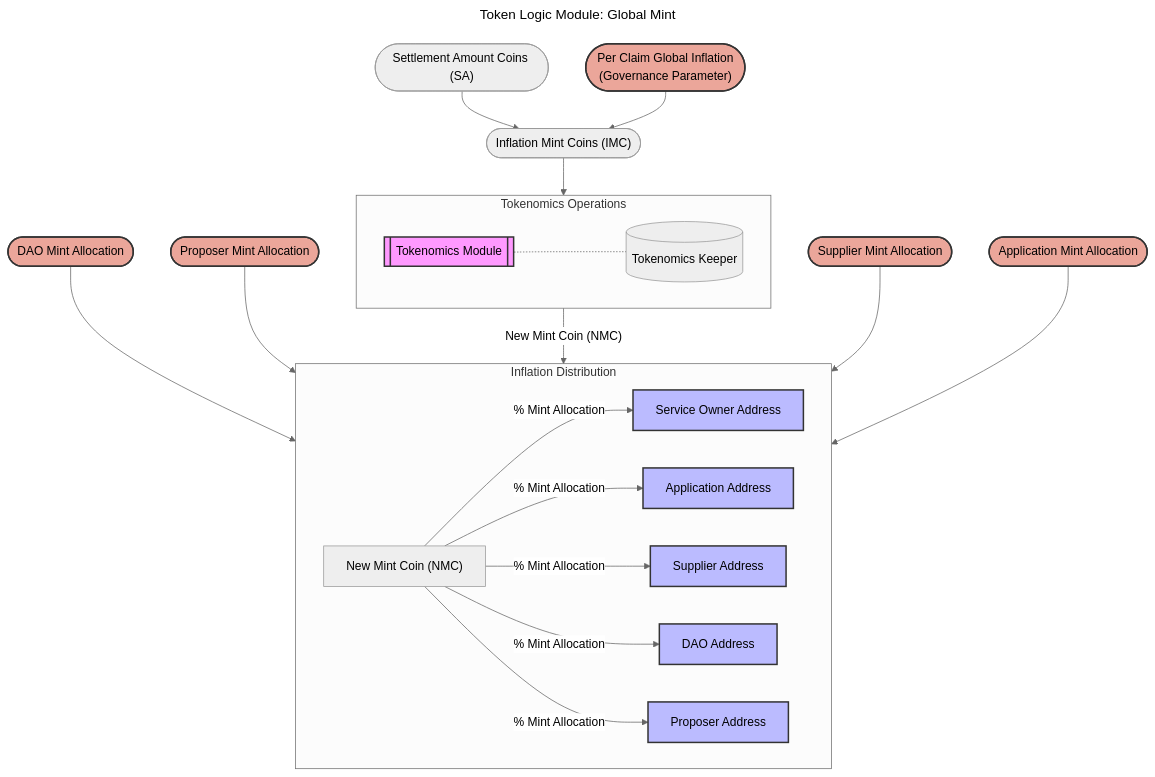
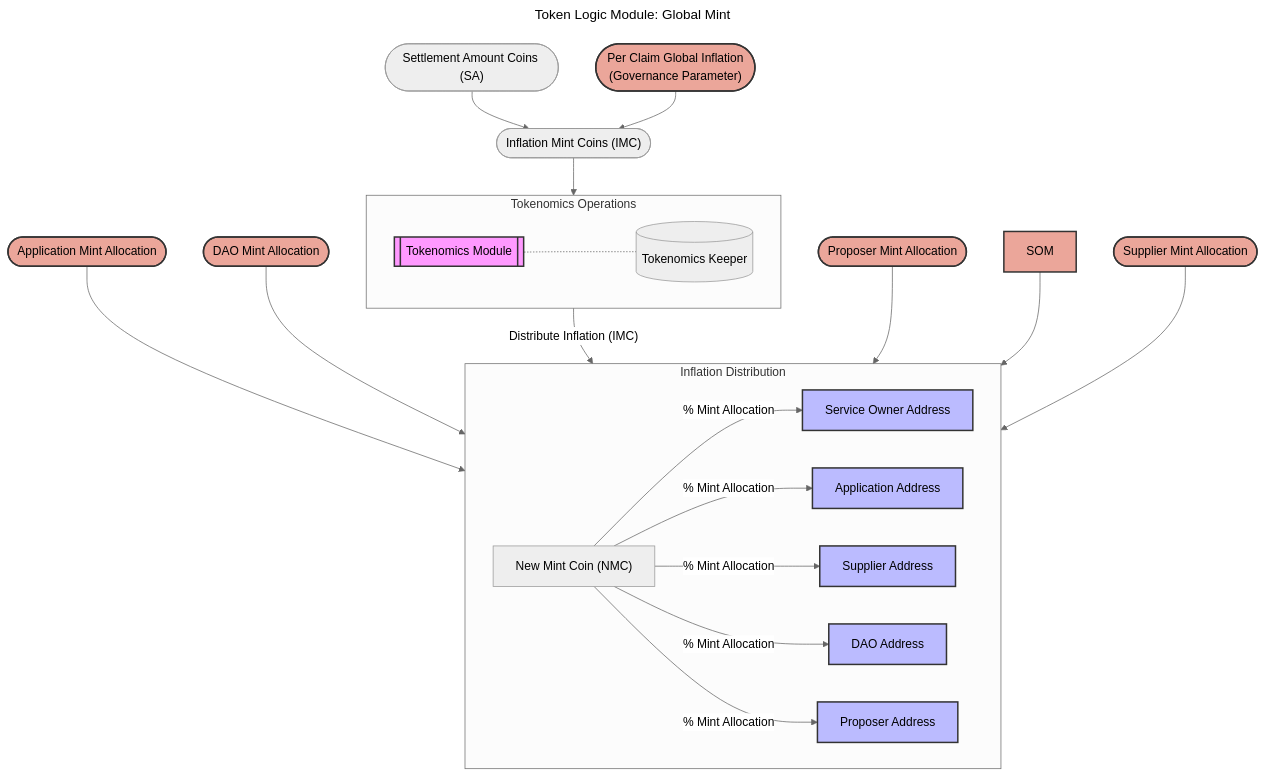
One commit to pokt-network/poktroll changed the third of 4 diagrams in docusaurus/docs/protocol/tokenomics/token_logic_modules.md. Above: the diagram before and after it, drawn with Mermaid (neutral theme).

````diff
--- a/docusaurus/docs/protocol/tokenomics/token_logic_modules.md
+++ b/docusaurus/docs/protocol/tokenomics/token_logic_modules.md
@@ -178,58 +178,59 @@
 ```mermaid
 ---
 title: "Token Logic Module: Global Mint"
 ---
 flowchart TD
     SC(["Settlement Amount Coins (SA)"])
     PCI(["Per Claim Global Inflation <br> (Governance Parameter)"])
     IMC(["Inflation Mint Coins (IMC)"])
 
     DA(["DAO Mint Allocation"])
     PA(["Proposer Mint Allocation"])
     SA(["Supplier Mint Allocation"])
     SOA(["Source Owner Mint Allocation"])
     AA(["Application Mint Allocation"])
 
 
     SC --> IMC
     PCI --> IMC
     IMC --> TO
 
     subgraph TO[Tokenomics Operations]
         TM[[Tokenomics Module]]
         TK[(Tokenomics Keeper)]
         TM -..- TK
     end
 
 
+    AA --> ID
     DA --> ID
+    TO --Distribute Inflation (IMC)--> ID
     PA --> ID
-    TO -- New Mint Coin (NMC)--> ID
+    SOM --> ID
     SA --> ID
-    AA --> ID
 
     subgraph ID[Inflation Distribution]
         NMC["New Mint Coin (NMC)"]
         APPA["Application Address"]
         SPPA["Supplier Address"]
         DAOA["DAO Address"]
         SOA["Service Owner Address"]
         PRA["Proposer Address"]
 
         NMC -->|% Mint Allocation| APPA
         NMC -->|% Mint Allocation| SPPA
         NMC -->|% Mint Allocation| DAOA
         NMC -->|% Mint Allocation| SOA
         NMC -->|% Mint Allocation| PRA
     end
 
     classDef module fill:#f9f,stroke:#333,stroke-width:2px;
     classDef address fill:#bbf,stroke:#333,stroke-width:2px;
     classDef question fill:#e3db6d,stroke:#333,stroke-width:2px;
     classDef govparam fill:#eba69a,stroke:#333,stroke-width:2px;
     classDef event fill:#e8b761,stroke:#333,stroke-width:2px;
 
     class TM module;
     class PCI,DA,PA,SA,SOM,AA govparam;
     class APPA,SPPA,DAOA,SOA,PRA address;
 ```
````
